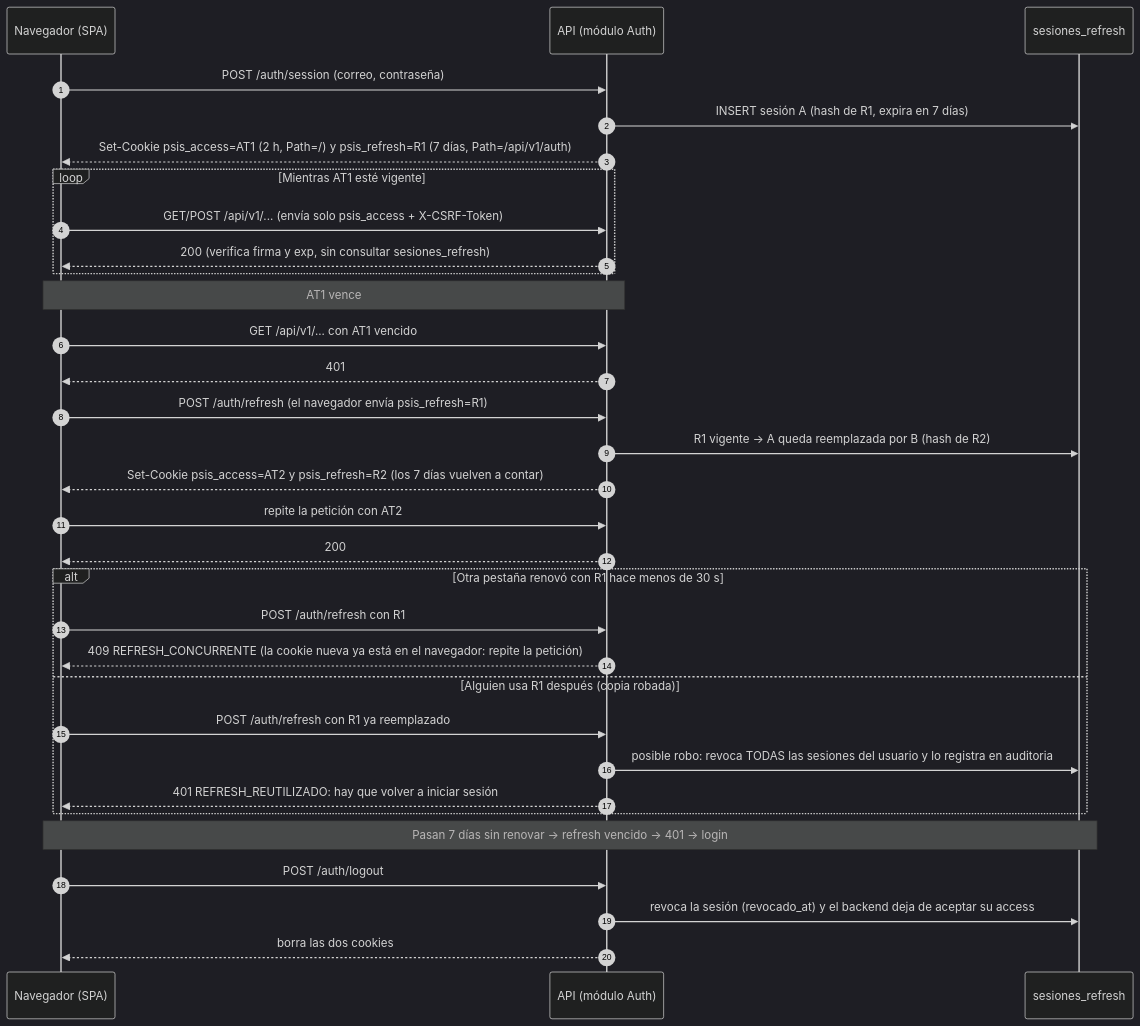
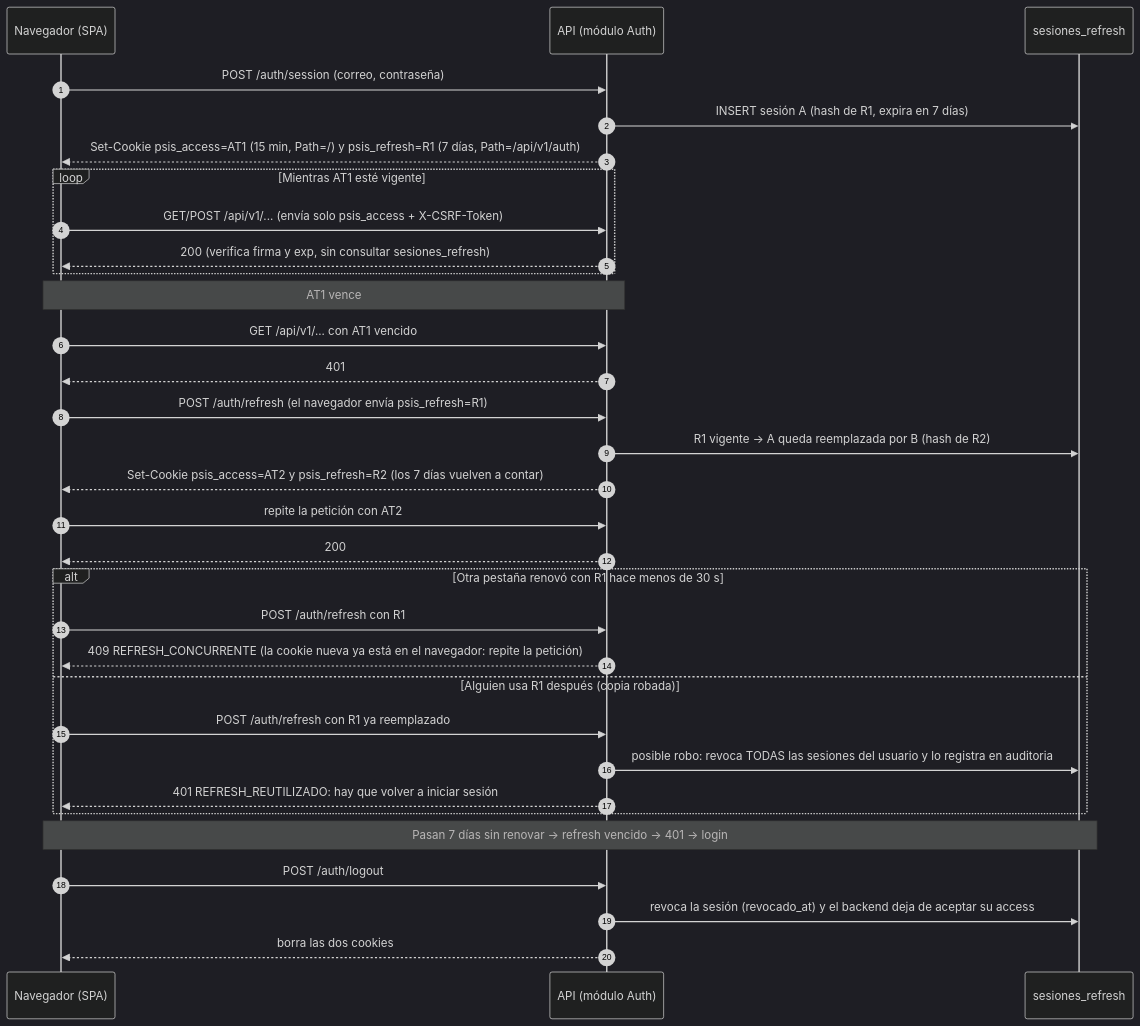
Before and after one commit to AgosAnt/planilla-sis: the fourth of 4 diagrams in docs/arquitectura-tecnica.md, drawn with Mermaid (dark theme). The commit also changed other lines of this file, not shown here.

````diff
--- a/docs/arquitectura-tecnica.md
+++ b/docs/arquitectura-tecnica.md
@@ -584,34 +590,34 @@
 ```mermaid
 sequenceDiagram
   autonumber
   participant N as Navegador (SPA)
   participant API as API (módulo Auth)
   participant DB as sesiones_refresh
   N->>API: POST /auth/session (correo, contraseña)
   API->>DB: INSERT sesión A (hash de R1, expira en 7 días)
-  API-->>N: Set-Cookie psis_access=AT1 (2 h, Path=/) y psis_refresh=R1 (7 días, Path=/api/v1/auth)
+  API-->>N: Set-Cookie psis_access=AT1 (15 min, Path=/) y psis_refresh=R1 (7 días, Path=/api/v1/auth)
   loop Mientras AT1 esté vigente
     N->>API: GET/POST /api/v1/... (envía solo psis_access + X-CSRF-Token)
     API-->>N: 200 (verifica firma y exp, sin consultar sesiones_refresh)
   end
   Note over N,API: AT1 vence
   N->>API: GET /api/v1/... con AT1 vencido
   API-->>N: 401
   N->>API: POST /auth/refresh (el navegador envía psis_refresh=R1)
   API->>DB: R1 vigente → A queda reemplazada por B (hash de R2)
   API-->>N: Set-Cookie psis_access=AT2 y psis_refresh=R2 (los 7 días vuelven a contar)
   N->>API: repite la petición con AT2
   API-->>N: 200
   alt Otra pestaña renovó con R1 hace menos de 30 s
     N->>API: POST /auth/refresh con R1
     API-->>N: 409 REFRESH_CONCURRENTE (la cookie nueva ya está en el navegador: repite la petición)
   else Alguien usa R1 después (copia robada)
     N->>API: POST /auth/refresh con R1 ya reemplazado
     API->>DB: posible robo: revoca TODAS las sesiones del usuario y lo registra en auditoria
     API-->>N: 401 REFRESH_REUTILIZADO: hay que volver a iniciar sesión
   end
   Note over N,DB: Pasan 7 días sin renovar → refresh vencido → 401 → login
   N->>API: POST /auth/logout
   API->>DB: revoca la sesión (revocado_at) y el backend deja de aceptar su access
   API-->>N: borra las dos cookies
 ```
````
